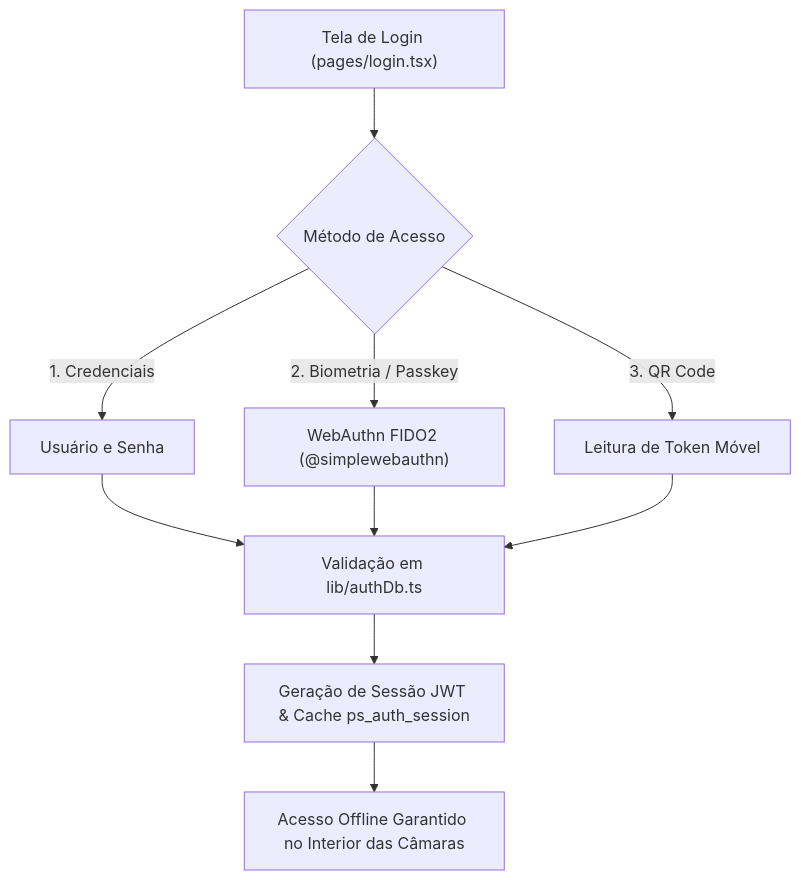
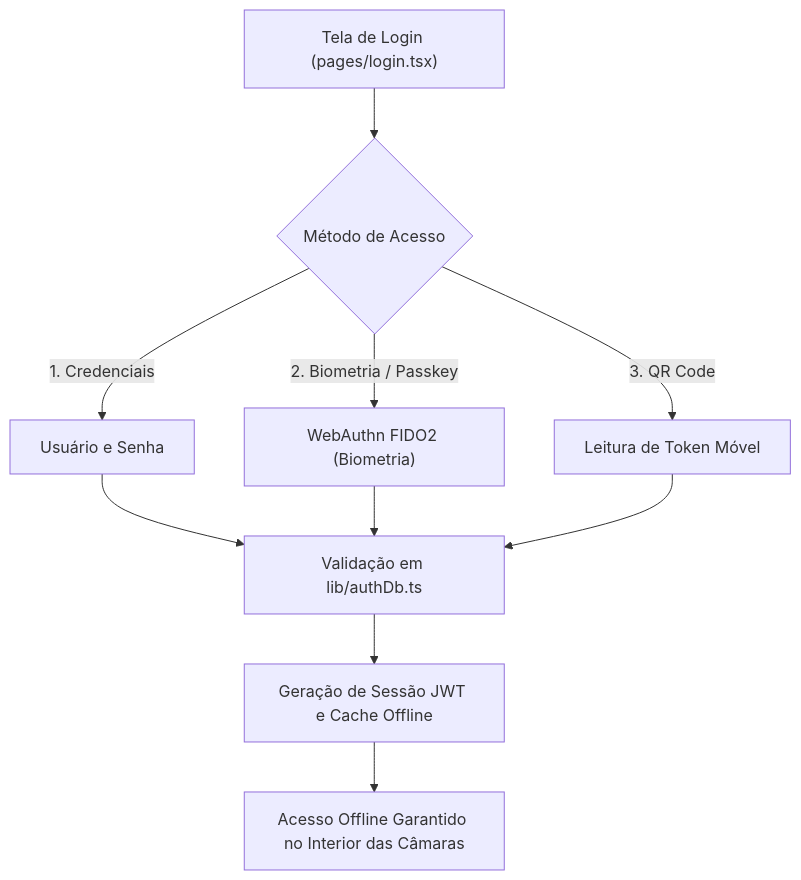
The diagram in docs/pwa-auth-permissoes.md (NaejBarbosa/paletscan-etl), drawn with Mermaid before and after one commit. The commit also changed 6 other files, not shown here.

Commit message:
fix(docs): corrigir sintaxe do Mermaid e compatibilidade total com versao 11.17

````diff
--- a/docs/pwa-auth-permissoes.md
+++ b/docs/pwa-auth-permissoes.md
@@ -9,13 +9,13 @@
 ```mermaid
-graph TD
+flowchart TD
     A["Tela de Login (pages/login.tsx)"] --> B{"Método de Acesso"}
     B -->|1. Credenciais| C["Usuário e Senha"]
-    B -->|2. Biometria / Passkey| D["WebAuthn FIDO2 (@simplewebauthn)"]
+    B -->|2. Biometria / Passkey| D["WebAuthn FIDO2 (Biometria)"]
     B -->|3. QR Code| E["Leitura de Token Móvel"]
     
     C --> F["Validação em lib/authDb.ts"]
     D --> F
     E --> F
-    F --> G["Geração de Sessão JWT & Cache ps_auth_session"]
+    F --> G["Geração de Sessão JWT e Cache Offline"]
     G --> H["Acesso Offline Garantido no Interior das Câmaras"]
 ```
````
